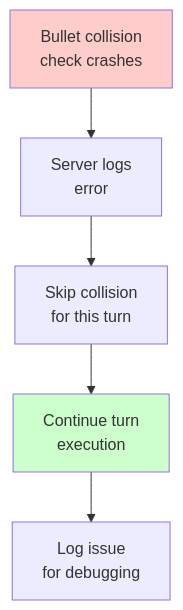
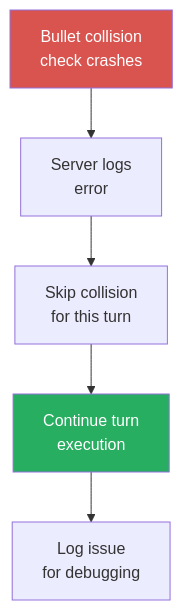
Before and after one commit to robocode-dev/tank-royale: the ninth of 9 diagrams in docs-internal/architecture/models/flows/turn-execution.md, drawn with Mermaid. The commit also changed other lines of this file and 5 other files, not shown here.

First line of the commit message:
docs(internal): update sequence diagrams for v0.40.x and issue #202 fixes

````diff
--- a/docs-internal/architecture/models/flows/turn-execution.md
+++ b/docs-internal/architecture/models/flows/turn-execution.md
@@ -644,9 +699,9 @@
 ```mermaid
 flowchart TD
     A["Bullet collision<br/>check crashes"] --> B["Server logs<br/>error"]
     B --> C["Skip collision<br/>for this turn"]
     C --> D["Continue turn<br/>execution"]
     D --> E["Log issue<br/>for debugging"]
-    style A fill:#FFCCCC
-    style D fill:#CCFFCC
+    style A fill:#D9534F,color:#fff
+    style D fill:#27AE60,color:#fff
 ```
````
